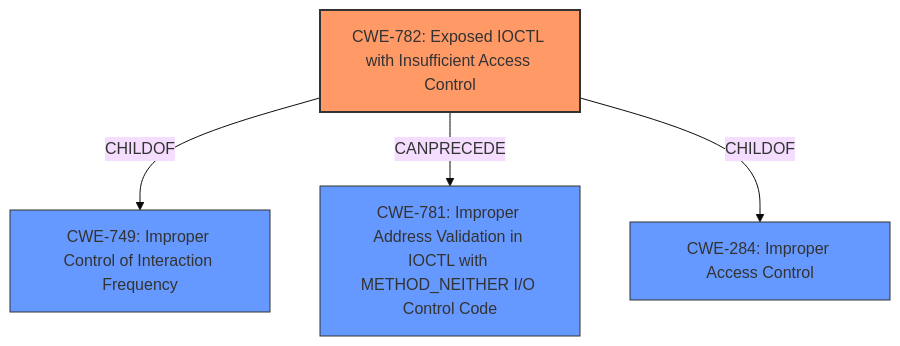
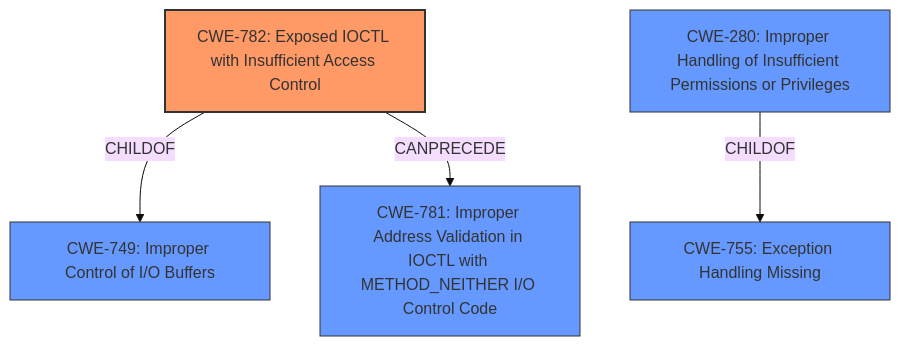
Before and after one commit to CyberSecAI/cwe_agent_assign_reports_2023: the diagram in CVE-2021-21551/CVE-2021-21551_analysis.md, drawn with Mermaid (base theme). The commit also changed other lines of this file and 902 other files, not shown here.

````diff
--- a/CVE-2021-21551/CVE-2021-21551_analysis.md
+++ b/CVE-2021-21551/CVE-2021-21551_analysis.md
@@ -17,17 +17,17 @@
 ```mermaid
 graph TD
     cwe782["CWE-782: Exposed IOCTL with Insufficient Access Control"]
-    cwe749["CWE-749: Improper Control of Interaction Frequency"]
+    cwe749["CWE-749: Improper Control of I/O Buffers"]
     cwe781["CWE-781: Improper Address Validation in IOCTL with METHOD_NEITHER I/O Control Code"]
-    cwe284["CWE-284: Improper Access Control"]
+    cwe280["CWE-280: Improper Handling of Insufficient Permissions or Privileges"]
+    cwe755["CWE-755: Exception Handling Missing"]
 
     cwe782 -->|CHILDOF| cwe749
     cwe782 -->|CANPRECEDE| cwe781
-    cwe782 -->|CHILDOF| cwe284
+    cwe280 -->|CHILDOF| cwe755
 
     classDef primary fill:#f96,stroke:#333,stroke-width:2px
     classDef secondary fill:#69f,stroke:#333
-    classDef tertiary fill:#9e9,stroke:#333
     class cwe782 primary
-    class cwe749,cwe781,cwe284 secondary
+    class cwe749,cwe781,cwe280,cwe755 secondary
 ```
````
